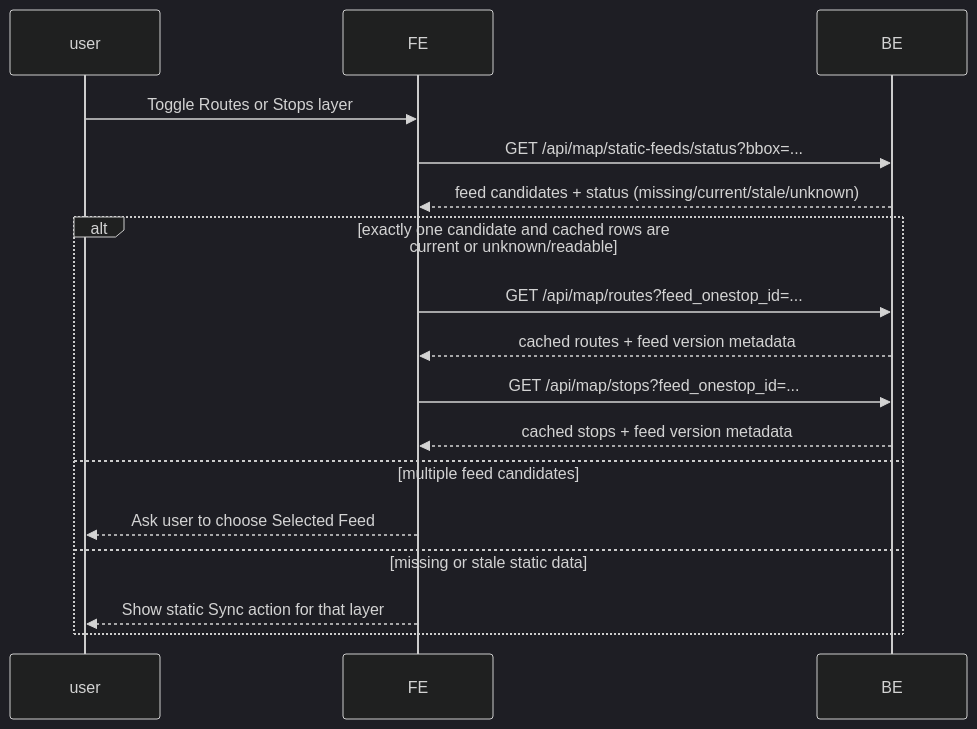
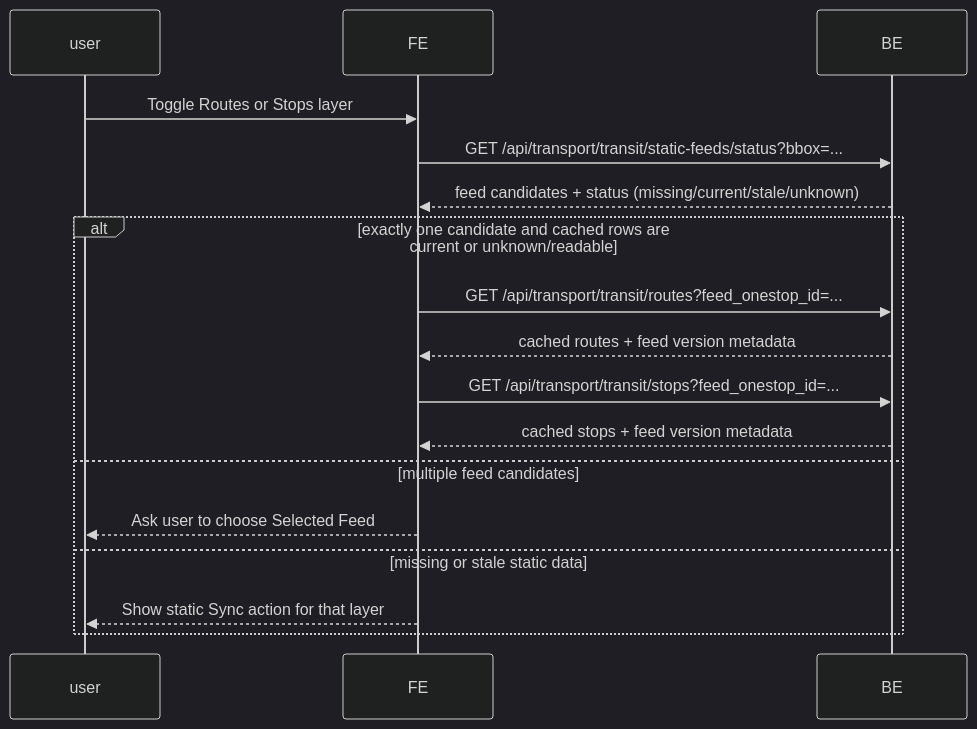
One commit to steeeee0223/notion-kit changed the first of 3 diagrams in apps/map-server/docs/use-cases.md. Above: the diagram before and after it, drawn with Mermaid (dark theme). The commit also changed other lines of this file and 1 other file, not shown here.

Commit message:
docs(map-server): update transport provider API endpoints

````diff
--- a/apps/map-server/docs/use-cases.md
+++ b/apps/map-server/docs/use-cases.md
@@ -152,20 +152,20 @@
 ```mermaid
 sequenceDiagram
     participant user
     participant FE
     participant BE
 
     user->>FE: Toggle Routes or Stops layer
-    FE->>BE: GET /api/map/static-feeds/status?bbox=...
+    FE->>BE: GET /api/transport/transit/static-feeds/status?bbox=...
     BE-->>FE: feed candidates + status (missing/current/stale/unknown)
     alt exactly one candidate and cached rows are current or unknown/readable
-        FE->>BE: GET /api/map/routes?feed_onestop_id=...
+        FE->>BE: GET /api/transport/transit/routes?feed_onestop_id=...
         BE-->>FE: cached routes + feed version metadata
-        FE->>BE: GET /api/map/stops?feed_onestop_id=...
+        FE->>BE: GET /api/transport/transit/stops?feed_onestop_id=...
         BE-->>FE: cached stops + feed version metadata
     else multiple feed candidates
         FE-->>user: Ask user to choose Selected Feed
     else missing or stale static data
         FE-->>user: Show static Sync action for that layer
     end
 ```
````
